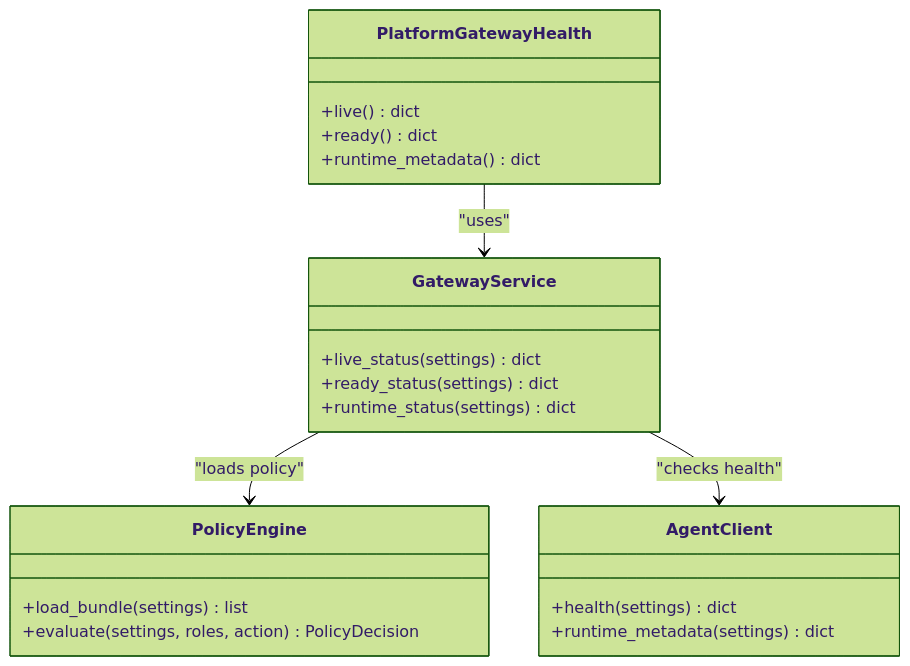
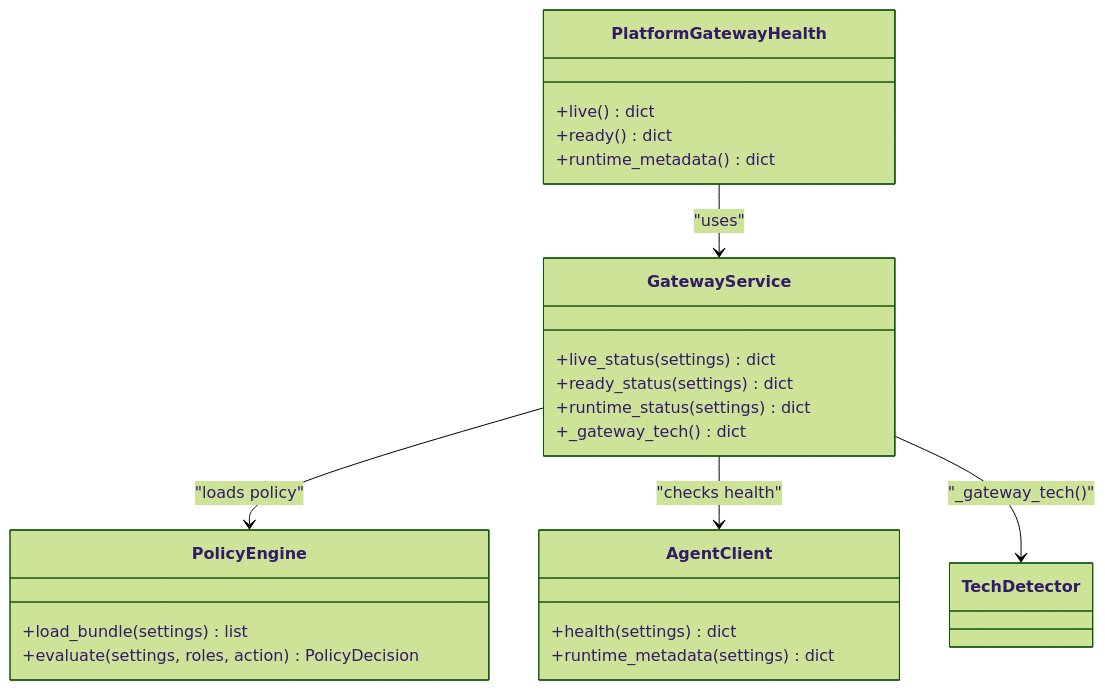
The third of 10 diagrams in .qoder/repowiki/en/content/API Reference/Agent Platform API/Health & Monitoring API.md (metasync/luban-aiops), drawn with Mermaid (forest theme) before and after one commit. The commit also changed other lines of this file and 6 other files, not shown here.

````diff
--- a/.qoder/repowiki/en/content/API Reference/Agent Platform API/Health & Monitoring API.md
+++ b/.qoder/repowiki/en/content/API Reference/Agent Platform API/Health & Monitoring API.md
@@ -217,24 +237,26 @@
 ```mermaid
 classDiagram
 class PlatformGatewayHealth {
 +live() dict
 +ready() dict
 +runtime_metadata() dict
 }
 class GatewayService {
 +live_status(settings) dict
 +ready_status(settings) dict
 +runtime_status(settings) dict
++_gateway_tech() dict
 }
 class PolicyEngine {
 +load_bundle(settings) list
 +evaluate(settings, roles, action) PolicyDecision
 }
 class AgentClient {
 +health(settings) dict
 +runtime_metadata(settings) dict
 }
 PlatformGatewayHealth --> GatewayService : "uses"
 GatewayService --> PolicyEngine : "loads policy"
 GatewayService --> AgentClient : "checks health"
+GatewayService --> TechDetector : "_gateway_tech()"
 ```
````
